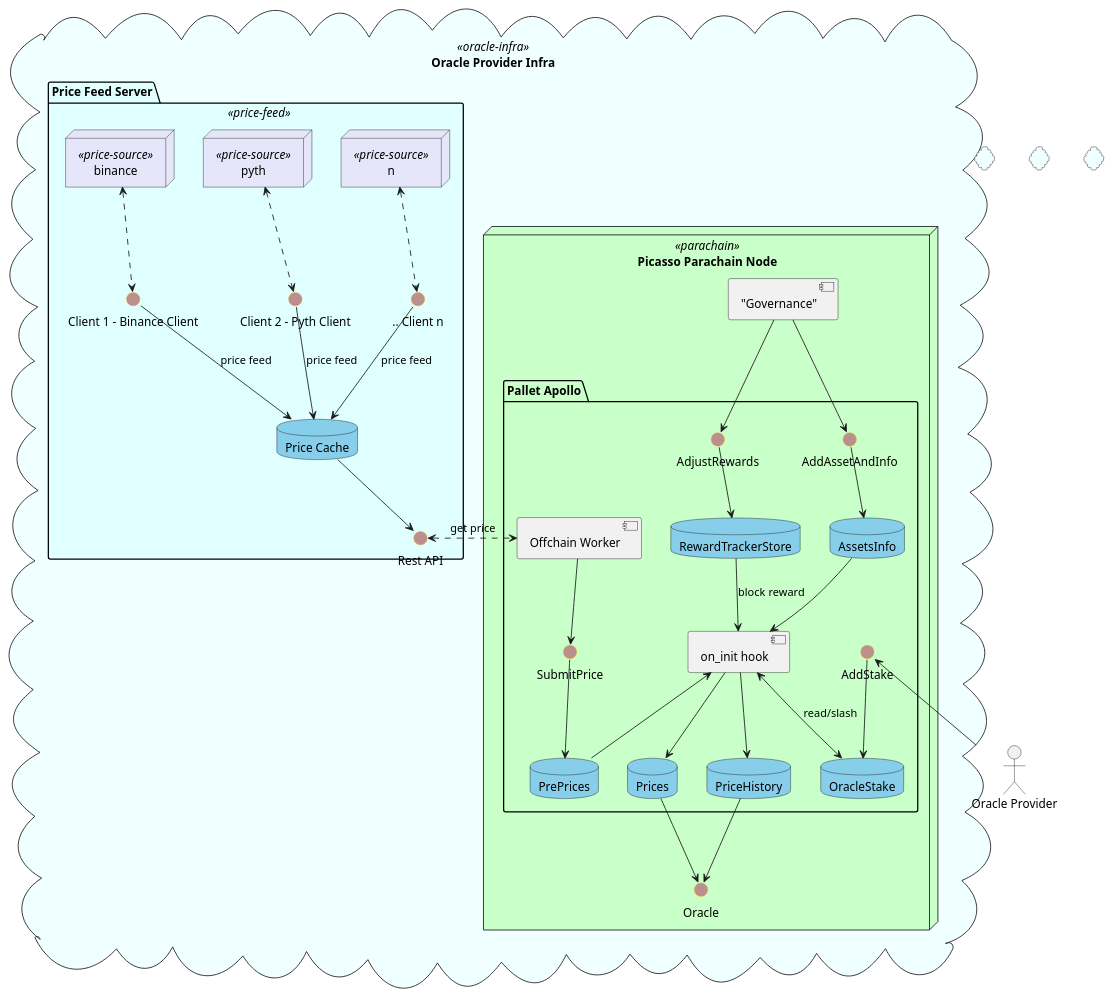
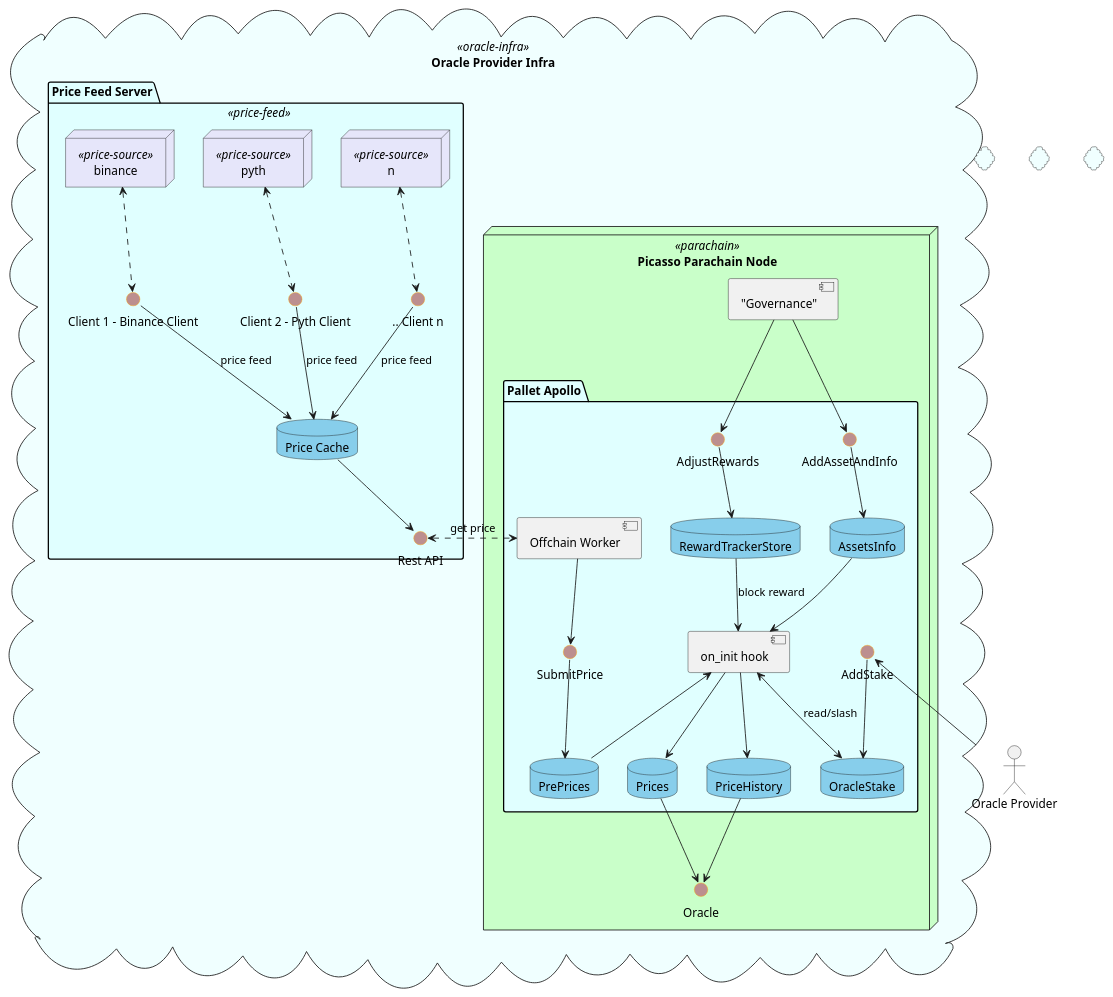
One commit to ComposableFi/composable changed the first of 14 diagrams in frame/oracle/design/design.adoc. Above: the diagram before and after it, drawn with PlantUML.

```diff
--- a/frame/oracle/design/design.adoc
+++ b/frame/oracle/design/design.adoc
@@ -79,7 +79,7 @@
 }
 
 skinparam package {
-  backgroundColor<<price-feed>> LightCyan
+  backgroundColor LightCyan
 }
 
 skinparam cloud {
```
